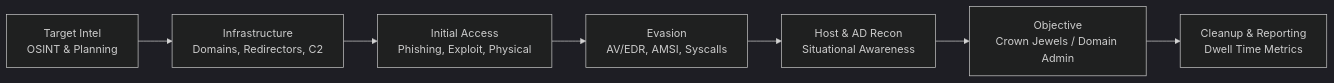
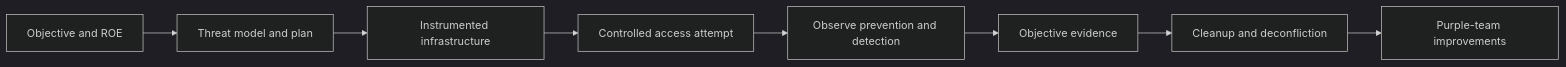
One commit to 0x3xp10i73r/offsec-vault changed the diagram in docs/red-team/index.md. Above: the diagram before and after it, drawn with Mermaid (dark theme). The commit also changed other lines of this file and 172 other files, not shown here.

````diff
--- a/docs/red-team/index.md
+++ b/docs/red-team/index.md
@@ -21,9 +21,10 @@
 ```mermaid
 flowchart LR
-    A[Target Intel<br/>OSINT & Planning] --> B[Infrastructure<br/>Domains, Redirectors, C2]
-    B --> C[Initial Access<br/>Phishing, Exploit, Physical]
-    C --> D[Evasion<br/>AV/EDR, AMSI, Syscalls]
-    D --> E[Host & AD Recon<br/>Situational Awareness]
-    E --> F[Objective<br/>Crown Jewels / Domain Admin]
-    F --> G[Cleanup & Reporting<br/>Dwell Time Metrics]
+    A[Objective and ROE] --> B[Threat model and plan]
+    B --> C[Instrumented infrastructure]
+    C --> D[Controlled access attempt]
+    D --> E[Observe prevention and detection]
+    E --> F[Objective evidence]
+    F --> G[Cleanup and deconfliction]
+    G --> H[Purple-team improvements]
 ```
````
